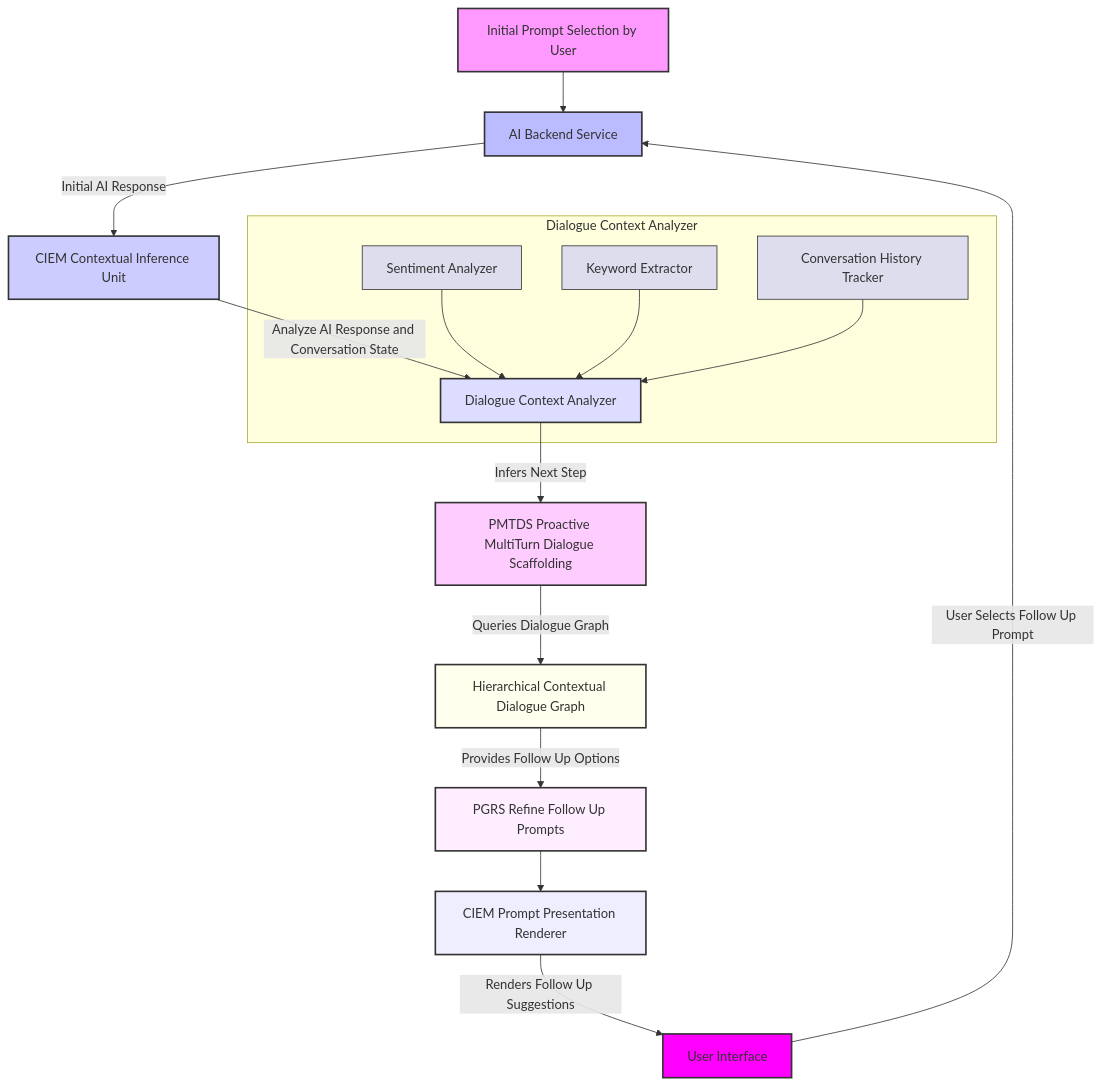
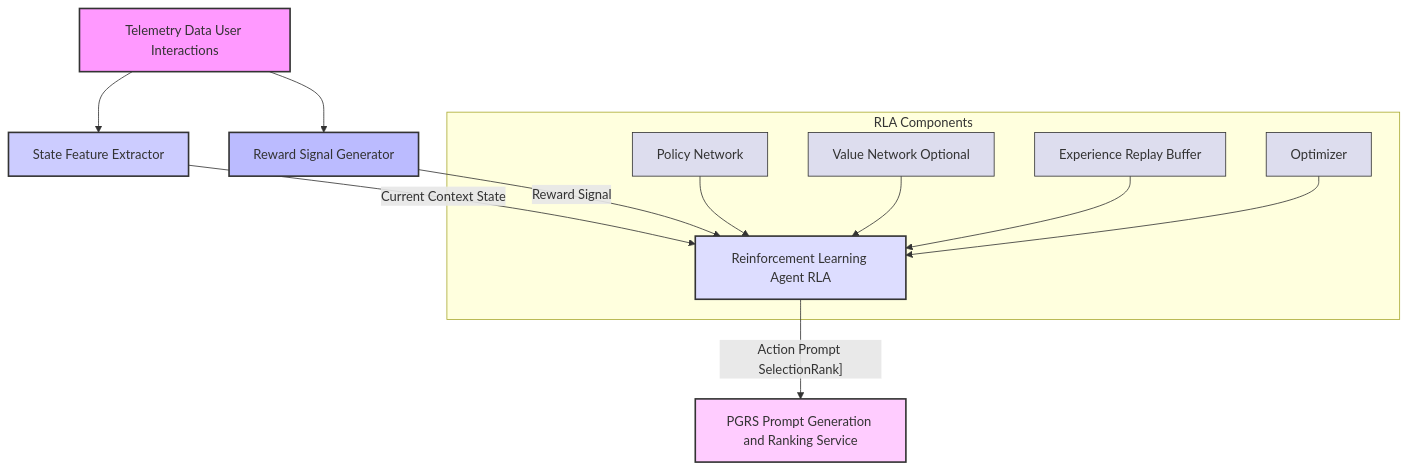
The seventh of 14 diagrams in inventions/002_ai_contextual_prompt_suggestion.md (diplomat-bit/Citibank_Demo_Business_Inc_Demonstration-), drawn with Mermaid before and after one commit. The commit also changed other lines of this file, not shown here.

Commit message:
[AI] Edit: inventions/002_ai_contextual_prompt_suggestion.md

````diff
--- a/inventions/002_ai_contextual_prompt_suggestion.md
+++ b/inventions/002_ai_contextual_prompt_suggestion.md
@@ -346,31 +424,26 @@
-```mermaid
-graph TD
-    A[Initial Prompt Selection by User] --> B[AI Backend Service]
-    B -- Initial AI Response --> C[CIEM Contextual Inference Unit]
-    C -- Analyze AI Response and Conversation State --> D[Dialogue Context Analyzer]
-    D -- Infers Next Step --> E[PMTDS Proactive MultiTurn Dialogue Scaffolding]
-    E -- Queries Dialogue Graph --> F[Hierarchical Contextual Dialogue Graph]
-    F -- Provides Follow Up Options --> G[PGRS Refine Follow Up Prompts]
-    G --> H[CIEM Prompt Presentation Renderer]
-    H -- Renders Follow Up Suggestions --> I[User Interface]
-    I -- User Selects Follow Up Prompt --> B
+    ```mermaid
+    graph TD
+        A[Telemetry Data User Interactions] --> B[Reward Signal Generator]
+        A --> C[State Feature Extractor]
+        C -- Current Context State --> D[Reinforcement Learning Agent RLA]
+        D -- Action Prompt SelectionRank] --> E[PGRS Prompt Generation and Ranking Service]
+        B -- Reward Signal --> D
 
-    subgraph Dialogue Context Analyzer
-        D1[Sentiment Analyzer] --> D
-        D2[Keyword Extractor] --> D
-        D3[Conversation History Tracker] --> D
-    end
+        subgraph RLA Components
+            D1[Policy Network]
+            D2[Value Network Optional]
+            D3[Experience Replay Buffer]
+            D4[Optimizer]
+            D1 & D2 & D3 & D4 --> D
+        end
 
-    style A fill:#f9f,stroke:#333,stroke-width:2px
-    style B fill:#bbf,stroke:#333,stroke-width:2px
-    style C fill:#ccf,stroke:#333,stroke-width:2px
-    style D fill:#ddf,stroke:#333,stroke-width:2px
-    style E fill:#fcf,stroke:#333,stroke-width:2px
-    style F fill:#ffe,stroke:#333,stroke-width:2px
-    style G fill:#fef,stroke:#333,stroke-width:2px
-    style H fill:#eef,stroke:#333,stroke-width:2px
-    style I fill:#f0f,stroke:#333,stroke-width:2px
-    style D1 fill:#dde,stroke:#333,stroke-width:1px
-    style D2 fill:#dde,stroke:#333,stroke-width:1px
-    style D3 fill:#dde,stroke:#333,stroke-width:1px
-```
+        style A fill:#f9f,stroke:#333,stroke-width:2px
+        style B fill:#bbf,stroke:#333,stroke-width:2px
+        style C fill:#ccf,stroke:#333,stroke-width:2px
+        style D fill:#ddf,stroke:#333,stroke-width:2px
+        style E fill:#fcf,stroke:#333,stroke-width:2px
+        style D1 fill:#dde,stroke:#333,stroke-width:1px
+        style D2 fill:#dde,stroke:#333,stroke-width:1px
+        style D3 fill:#dde,stroke:#333,stroke-width:1px
+        style D4 fill:#dde,stroke:#333,stroke-width:1px
+    ```
````
